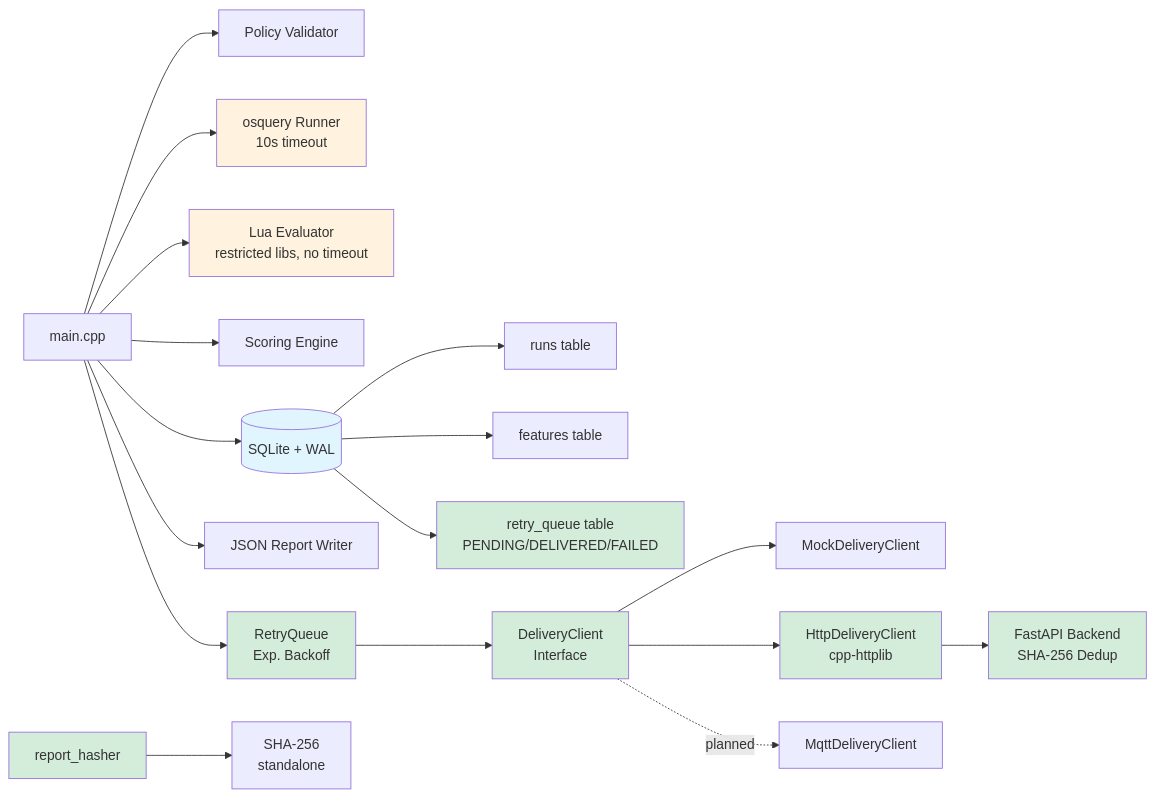
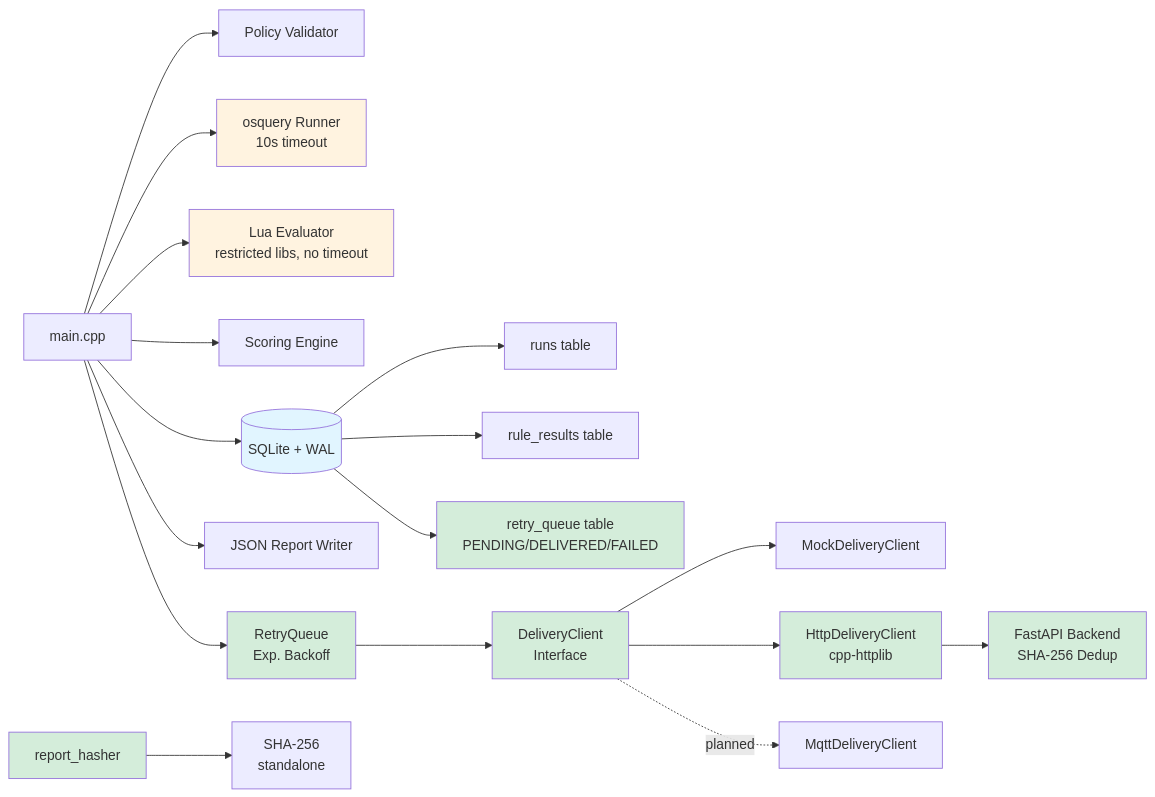
Before and after one commit to rohan2107/Sentinel: the diagram in README.md, drawn with Mermaid. The commit also changed other lines of this file and 5 other files, not shown here.

````diff
--- a/README.md
+++ b/README.md
@@ -393,33 +395,33 @@
 ```mermaid
 graph LR
     A[main.cpp] --> B[Policy Validator]
     A --> C[osquery Runner<br/>10s timeout]
     A --> D[Lua Evaluator<br/>restricted libs, no timeout]
     A --> E[Scoring Engine]
     A --> F[(SQLite + WAL)]
     A --> I[JSON Report Writer]
     A --> RQ[RetryQueue<br/>Exp. Backoff]
     
     F --> G[runs table]
-    F --> H[features table]
+    F --> H[rule_results table]
     F --> J[retry_queue table<br/>PENDING/DELIVERED/FAILED]
     
     RQ --> K[DeliveryClient<br/>Interface]
     K --> L[MockDeliveryClient]
     K --> M[HttpDeliveryClient<br/>cpp-httplib]
     K -.planned.-> N[MqttDeliveryClient]
     
     M --> BE[FastAPI Backend<br/>SHA-256 Dedup]
     
     O[report_hasher] --> P[SHA-256<br/>standalone]
     
     style F fill:#e1f5ff
     style C fill:#fff3e0
     style D fill:#fff3e0
     style J fill:#d4edda
     style K fill:#d4edda
     style O fill:#d4edda
     style RQ fill:#d4edda
     style M fill:#d4edda
     style BE fill:#d4edda
 ```
````
